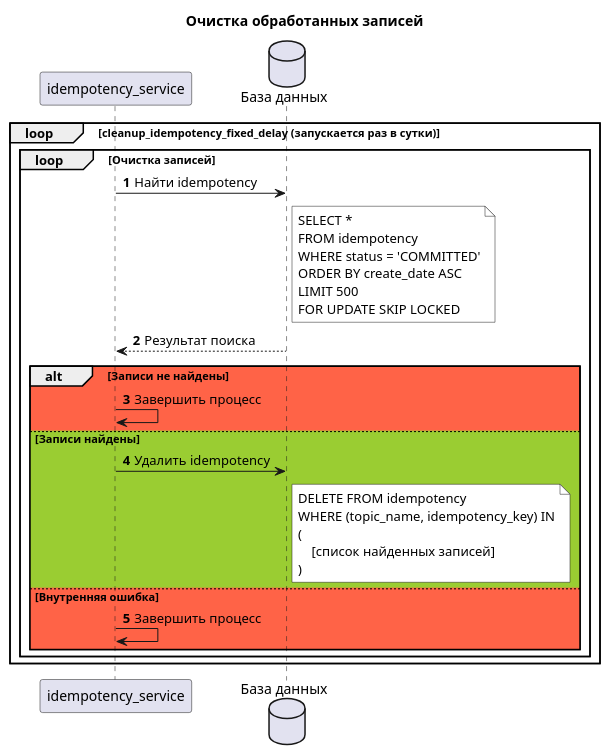
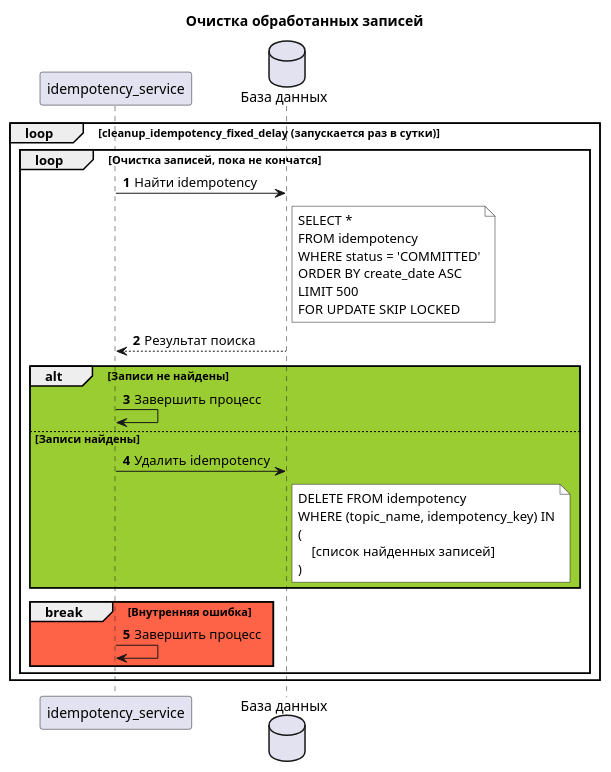
Before and after one commit to idempotence-service/core: the diagram in architecture/5.puml, drawn with PlantUML. The commit also changed 6 other files, not shown here.

```diff
--- a/architecture/5.puml
+++ b/architecture/5.puml
@@ -1,46 +1,44 @@
 @startuml
 title Очистка обработанных записей
 
 autonumber
 
 participant "idempotency_service" as IdemService
 database "База данных" as DB
 
 loop cleanup_idempotency_fixed_delay (запускается раз в сутки)
 
-    loop Очистка записей
+    loop Очистка записей, пока не кончатся
 
         IdemService -> DB : Найти idempotency
         note right of DB #FFFFFF
             SELECT *
             FROM idempotency
             WHERE status = 'COMMITTED'
             ORDER BY create_date ASC
             LIMIT 500
             FOR UPDATE SKIP LOCKED
         end note
 
         DB --> IdemService : Результат поиска
 
-        alt #tomato Записи не найдены
+        alt #yellowgreen Записи не найдены
             IdemService -> IdemService : Завершить процесс
 
         else #yellowgreen Записи найдены
-
             IdemService -> DB : Удалить idempotency
             note right of DB #FFFFFF
                 DELETE FROM idempotency
                 WHERE (topic_name, idempotency_key) IN
                 (
                     [список найденных записей]
                 )
             end note
-
-        else #tomato Внутренняя ошибка
+        end
+        break #tomato Внутренняя ошибка
             IdemService -> IdemService : Завершить процесс
         end
-
     end
 
 end
 @enduml
```
